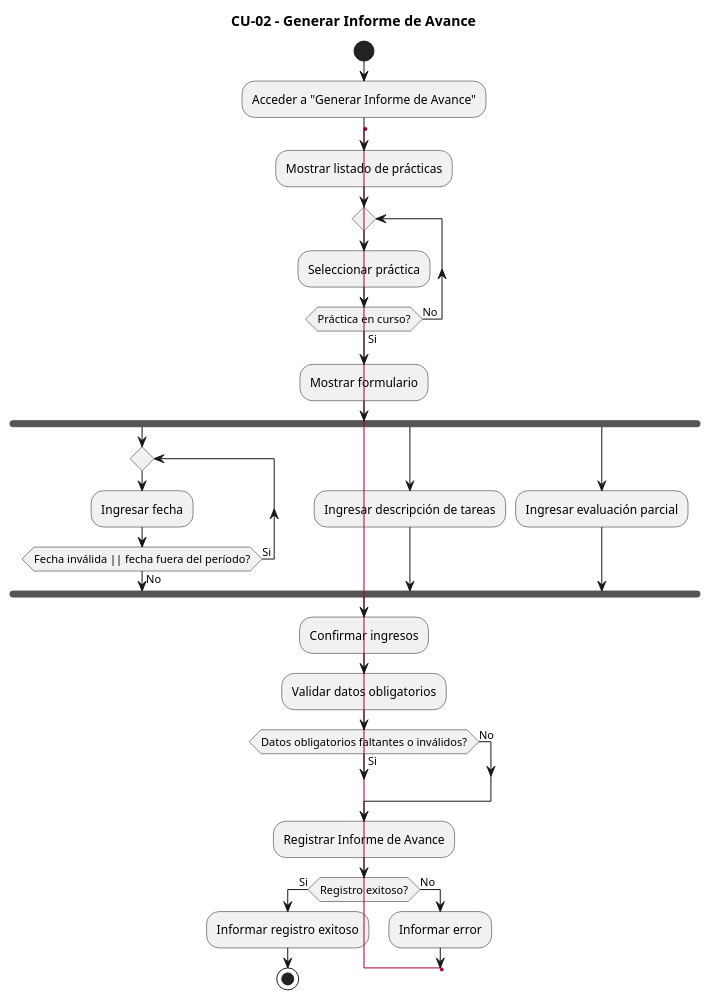
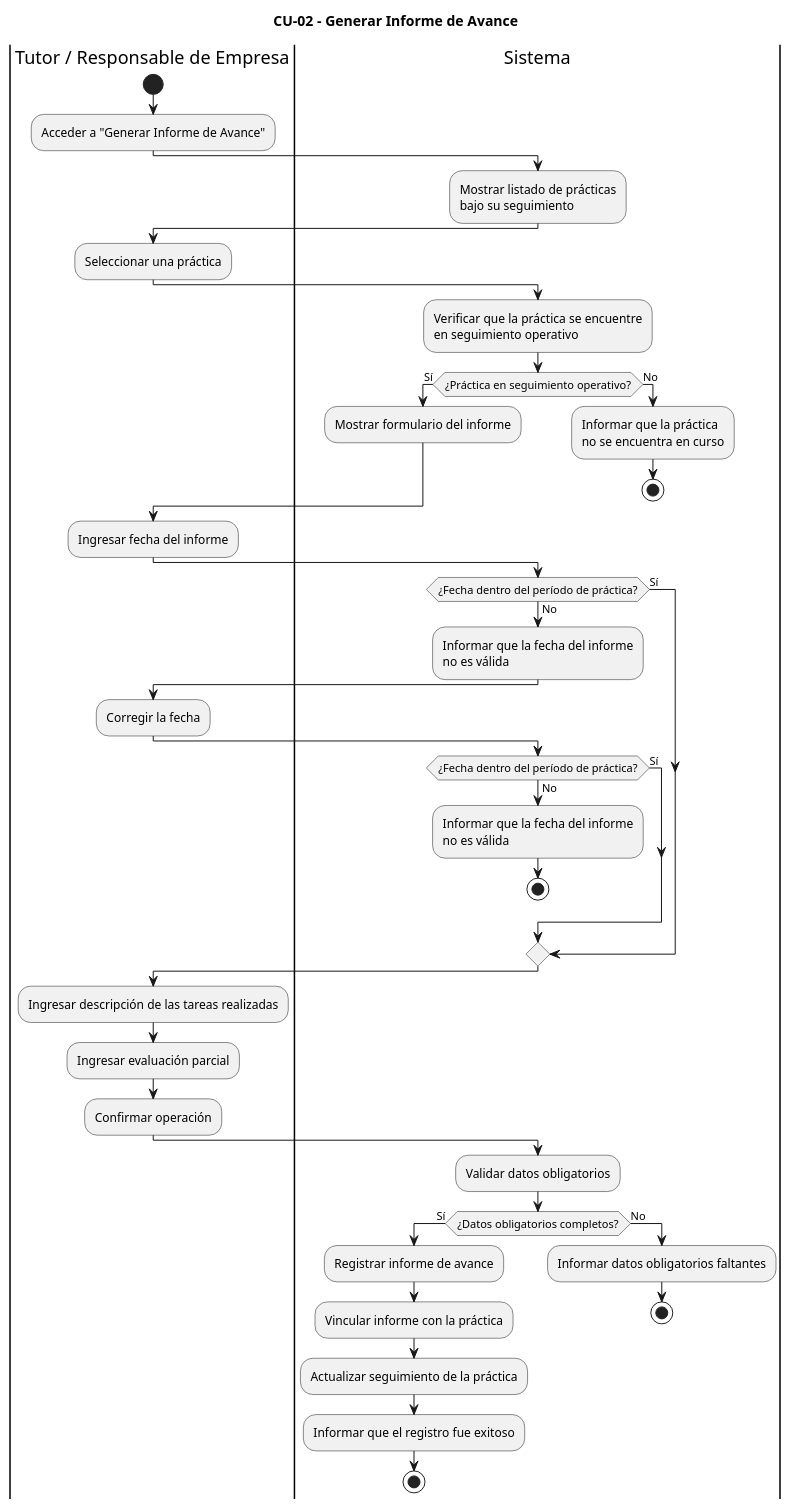
Before and after one commit to h3l333/proyecto-uppa: the diagram in diagramas-de-actividad-puml/diagrama-actividad-cu02.puml, drawn with PlantUML. The commit also changed 15 other files, not shown here.

Commit message:
Enmienda diagramas de actividad

```diff
--- a/diagramas-de-actividad-puml/diagrama-actividad-cu02.puml
+++ b/diagramas-de-actividad-puml/diagrama-actividad-cu02.puml
@@ -1,40 +1,66 @@
-@startuml Diagrama_Actividad_CU02
+@startuml
 title CU-02 - Generar Informe de Avance
 
+|Tutor / Responsable de Empresa|
 start
 :Acceder a "Generar Informe de Avance";
 
-label mostrar_listado
-:Mostrar listado de prácticas;
-repeat
-  :Seleccionar práctica;
-repeat while (Práctica en curso?) is (No) not (Si)
+|Sistema|
+:Mostrar listado de prácticas
+bajo su seguimiento;
 
-:Mostrar formulario;
-label formulario
-fork
-  repeat
-    :Ingresar fecha;
-  repeat while (Fecha inválida || fecha fuera del período?) is (Si) not (No)
-fork again
-  :Ingresar descripción de tareas;
-fork again
-  :Ingresar evaluación parcial;
-end fork
-:Confirmar ingresos;
-:Validar datos obligatorios;
-if (Datos obligatorios faltantes o inválidos?) then (Si)
-  goto formulario
+|Tutor / Responsable de Empresa|
+:Seleccionar una práctica;
+
+|Sistema|
+:Verificar que la práctica se encuentre
+en seguimiento operativo;
+
+if (¿Práctica en seguimiento operativo?) then (Sí)
+  :Mostrar formulario del informe;
 else (No)
+  :Informar que la práctica
+  no se encuentra en curso;
+  stop
 endif
 
-:Registrar Informe de Avance;
-if (Registro exitoso?) then (Si)
-  :Informar registro exitoso;
+|Tutor / Responsable de Empresa|
+:Ingresar fecha del informe;
+
+|Sistema|
+if (¿Fecha dentro del período de práctica?) then (Sí)
+else (No)
+  :Informar que la fecha del informe
+  no es válida;
+  
+  |Tutor / Responsable de Empresa|
+  :Corregir la fecha;
+  
+  |Sistema|
+  if (¿Fecha dentro del período de práctica?) then (Sí)
+  else (No)
+    :Informar que la fecha del informe
+    no es válida;
+    stop
+  endif
+endif
+
+|Tutor / Responsable de Empresa|
+:Ingresar descripción de las tareas realizadas;
+:Ingresar evaluación parcial;
+:Confirmar operación;
+
+|Sistema|
+:Validar datos obligatorios;
+
+if (¿Datos obligatorios completos?) then (Sí)
+  :Registrar informe de avance;
+  :Vincular informe con la práctica;
+  :Actualizar seguimiento de la práctica;
+  :Informar que el registro fue exitoso;
   stop
 else (No)
-  :Informar error;
-  goto mostrar_listado
+  :Informar datos obligatorios faltantes;
+  stop
 endif
-
 @enduml
```
